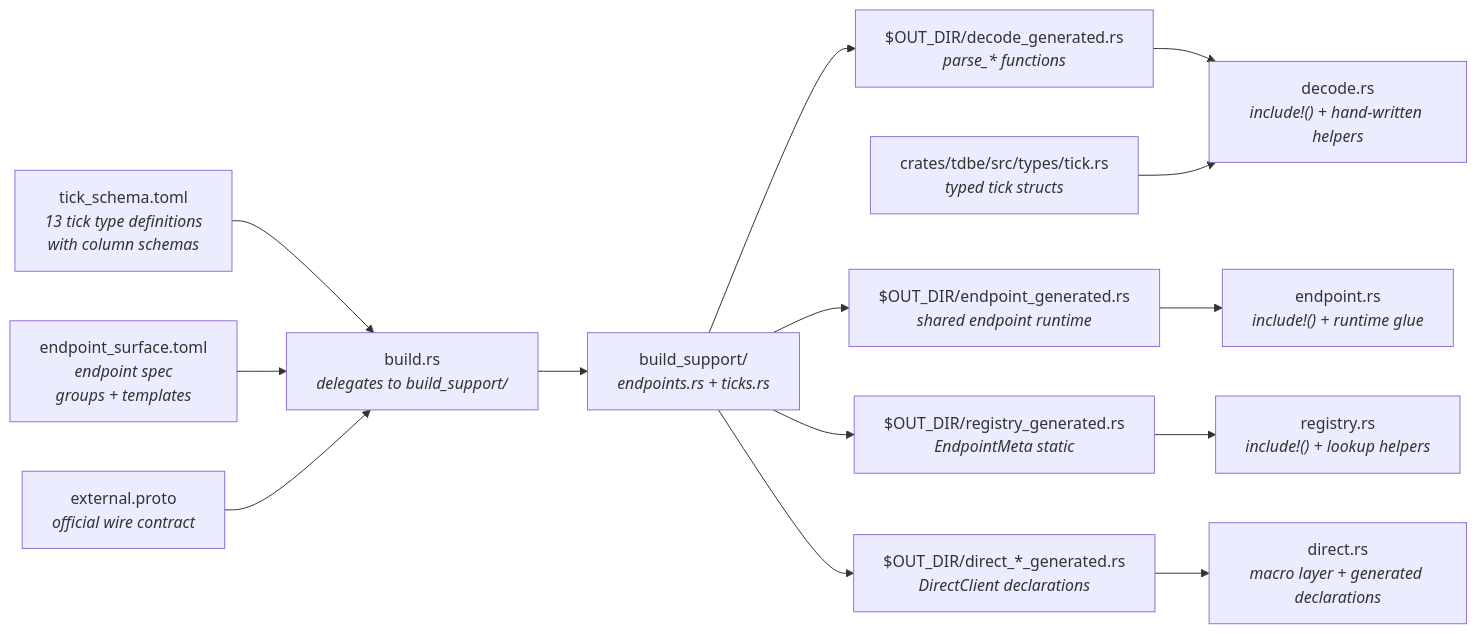
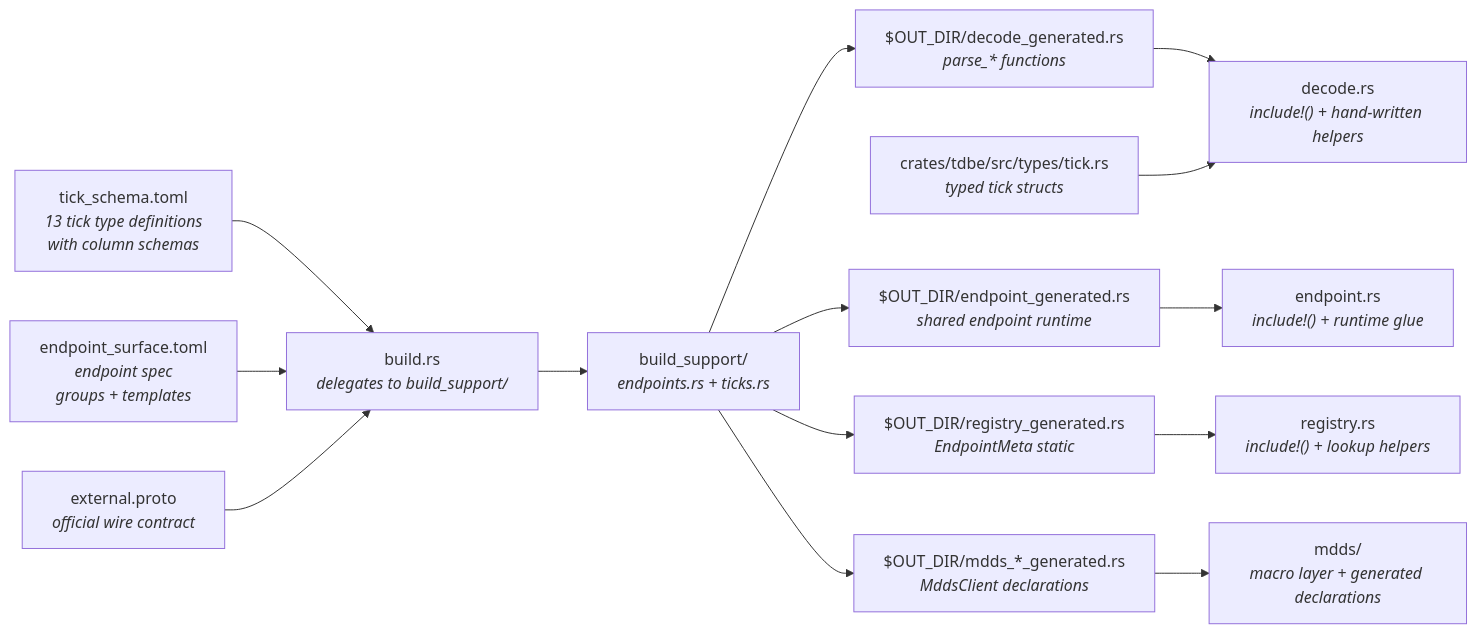
Before and after one commit to userFRM/ThetaDataDx: the sixth of 15 diagrams in docs/architecture.md, drawn with Mermaid. The commit also changed other lines of this file and 39 other files, not shown here.

First line of the commit message:
refactor: move DirectClient into mdds/ module as MddsClient (#383)

````diff
--- a/docs/architecture.md
+++ b/docs/architecture.md
@@ -161,31 +161,31 @@
 ```mermaid
 flowchart LR
     TOML["tick_schema.toml<br/><i>13 tick type definitions<br/>with column schemas</i>"]
     SURFACE["endpoint_surface.toml<br/><i>endpoint spec<br/>groups + templates</i>"]
     PROTO["external.proto<br/><i>official wire contract</i>"]
     BUILD["build.rs<br/><i>delegates to build_support/</i>"]
     SUPPORT["build_support/<br/><i>endpoints.rs + ticks.rs</i>"]
     PARSERS["$OUT_DIR/decode_generated.rs<br/><i>parse_* functions</i>"]
     RUNTIME["$OUT_DIR/endpoint_generated.rs<br/><i>shared endpoint runtime</i>"]
     REGISTRY_GEN["$OUT_DIR/registry_generated.rs<br/><i>EndpointMeta static</i>"]
-    DIRECT_GEN["$OUT_DIR/direct_*_generated.rs<br/><i>DirectClient declarations</i>"]
+    DIRECT_GEN["$OUT_DIR/mdds_*_generated.rs<br/><i>MddsClient declarations</i>"]
     TICK["crates/tdbe/src/types/tick.rs<br/><i>typed tick structs</i>"]
     DECODE["decode.rs<br/><i>include!() + hand-written helpers</i>"]
     ENDPOINT["endpoint.rs<br/><i>include!() + runtime glue</i>"]
     REGISTRY["registry.rs<br/><i>include!() + lookup helpers</i>"]
-    DIRECT["direct.rs<br/><i>macro layer + generated declarations</i>"]
+    DIRECT["mdds/<br/><i>macro layer + generated declarations</i>"]
 
     TOML --> BUILD
     SURFACE --> BUILD
     PROTO --> BUILD
     BUILD --> SUPPORT
     SUPPORT --> PARSERS
     SUPPORT --> RUNTIME
     SUPPORT --> REGISTRY_GEN
     SUPPORT --> DIRECT_GEN
     PARSERS --> DECODE
     TICK --> DECODE
     RUNTIME --> ENDPOINT
     REGISTRY_GEN --> REGISTRY
     DIRECT_GEN --> DIRECT
 ```
````
